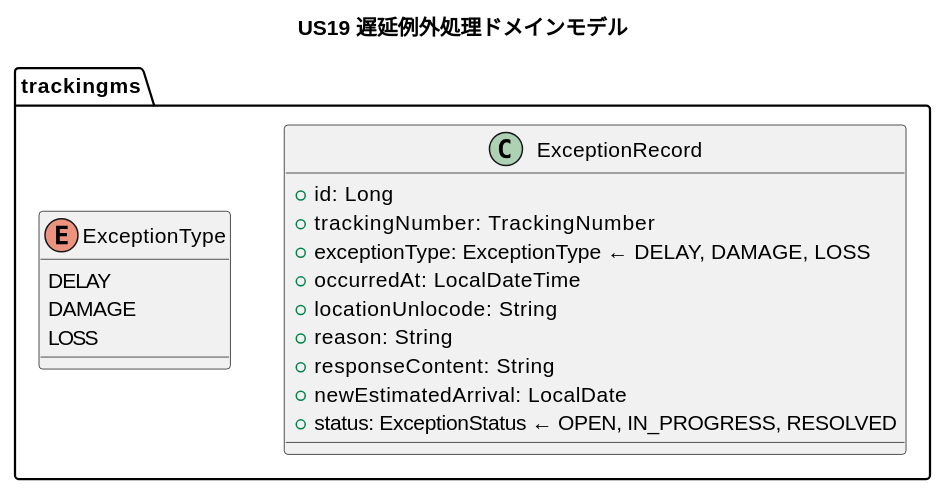
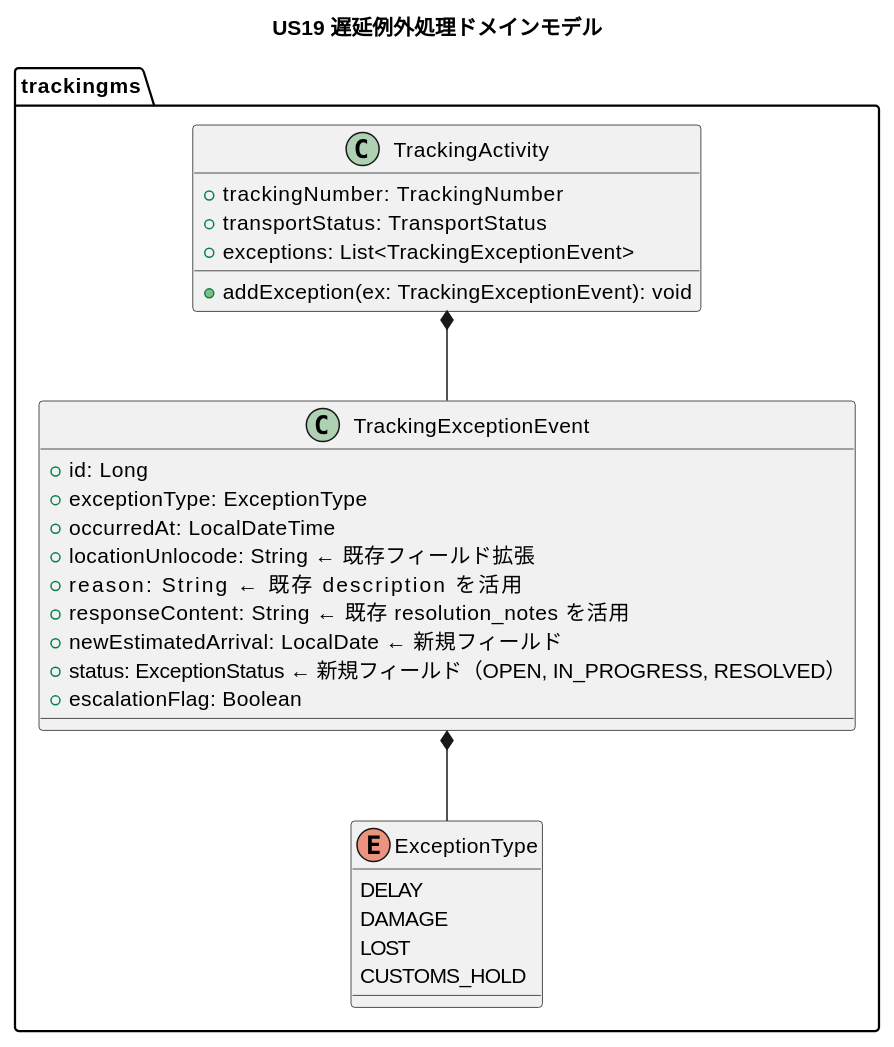
Before and after one commit to k2works/case-study-cargo-tracker: the fifth of 9 diagrams in docs/development/iteration_plan-7.md, drawn with PlantUML. The commit also changed other lines of this file, not shown here.

````diff
--- a/docs/development/iteration_plan-7.md
+++ b/docs/development/iteration_plan-7.md
@@ -276,25 +277,36 @@
 ```plantuml
 @startuml
 title US19 遅延例外処理ドメインモデル
 
 package "trackingms" {
-  class ExceptionRecord {
+  class TrackingActivity {
+    + trackingNumber: TrackingNumber
+    + transportStatus: TransportStatus
+    + exceptions: List<TrackingExceptionEvent>
+    + addException(ex: TrackingExceptionEvent): void
+  }
+
+  class TrackingExceptionEvent {
     + id: Long
-    + trackingNumber: TrackingNumber
-    + exceptionType: ExceptionType  ← DELAY, DAMAGE, LOSS
+    + exceptionType: ExceptionType
     + occurredAt: LocalDateTime
-    + locationUnlocode: String
-    + reason: String
-    + responseContent: String
-    + newEstimatedArrival: LocalDate
-    + status: ExceptionStatus  ← OPEN, IN_PROGRESS, RESOLVED
+    + locationUnlocode: String  ← 既存フィールド拡張
+    + reason: String            ← 既存 description を活用
+    + responseContent: String   ← 既存 resolution_notes を活用
+    + newEstimatedArrival: LocalDate  ← 新規フィールド
+    + status: ExceptionStatus   ← 新規フィールド（OPEN, IN_PROGRESS, RESOLVED）
+    + escalationFlag: Boolean
   }
 
   enum ExceptionType {
     DELAY
     DAMAGE
-    LOSS
+    LOST
+    CUSTOMS_HOLD
   }
 }
+
+TrackingActivity *-- TrackingExceptionEvent
+TrackingExceptionEvent *-- ExceptionType
 @enduml
 ```
````
